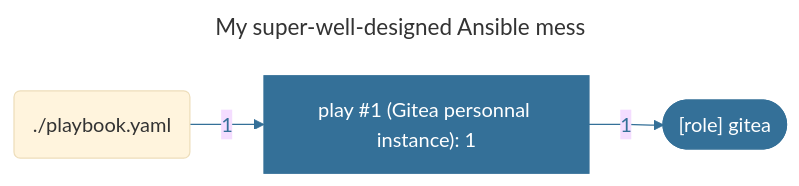
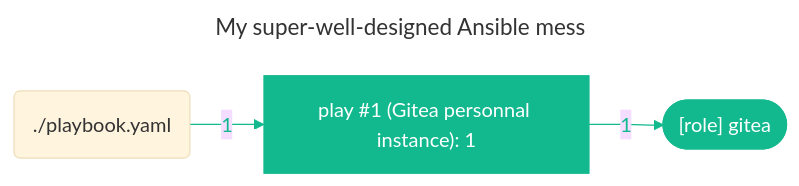
Before and after one commit to boyreau/boyreau: the diagram in README.md, drawn with Mermaid (base theme).

Commit message:
profile graph automatic update

````diff
--- a/README.md
+++ b/README.md
@@ -48,23 +48,23 @@
 ```mermaid
 ---
 title: "My super-well-designed Ansible mess"
 ---
 %%{ init: { "flowchart": { "curve": "bumpX" } } }%%
 flowchart LR
 	%% Start of the playbook './playbook.yaml'
-	playbook_14635807("./playbook.yaml")
+	playbook_827e3f67("./playbook.yaml")
 		%% Start of the play 'play #1 (Gitea personnal instance): 1'
-		play_8f8a72d1["play #1 (Gitea personnal instance): 1"]
-		style play_8f8a72d1 stroke:#347098,fill:#347098,color:#ffffff
-		playbook_14635807 --> |"1"| play_8f8a72d1
-		linkStyle 0 stroke:#347098,color:#347098
+		play_aa334636["play #1 (Gitea personnal instance): 1"]
+		style play_aa334636 stroke:#13b98e,fill:#13b98e,color:#ffffff
+		playbook_827e3f67 --> |"1"| play_aa334636
+		linkStyle 0 stroke:#13b98e,color:#13b98e
 			%% Start of the role '[role] gitea'
-			play_8f8a72d1 --> |"1 "| role_f2506d1b
-			linkStyle 1 stroke:#347098,color:#347098
-			role_f2506d1b(["[role] gitea"])
-			style role_f2506d1b fill:#347098,color:#ffffff,stroke:#347098
+			play_aa334636 --> |"1 "| role_e0f7329d
+			linkStyle 1 stroke:#13b98e,color:#13b98e
+			role_e0f7329d(["[role] gitea"])
+			style role_e0f7329d fill:#13b98e,color:#ffffff,stroke:#13b98e
 			%% End of the role '[role] gitea'
 		%% End of the play 'play #1 (Gitea personnal instance): 1'
 	%% End of the playbook './playbook.yaml'
 
 ```
````
